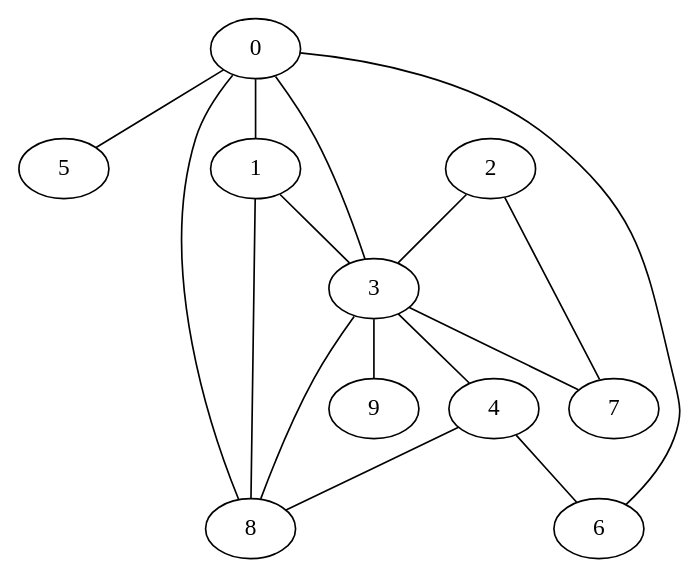
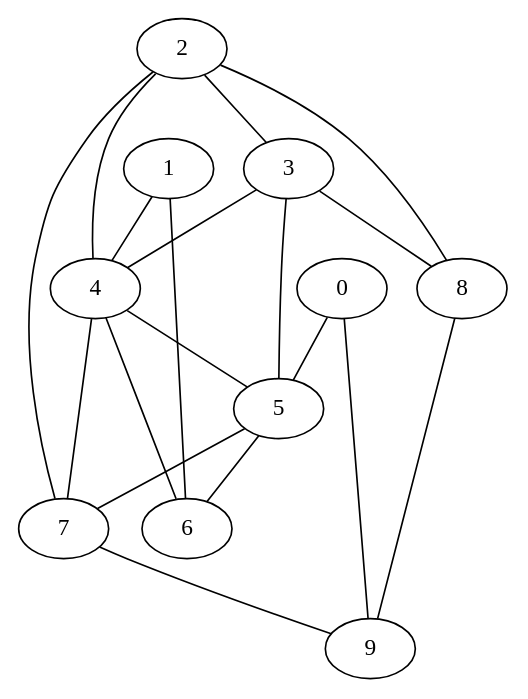
The diagram in scripts/dot.dot (apanda/crypto-bgp), drawn with Graphviz before and after one commit. The commit also changed 7 other files, not shown here.

```diff
--- a/scripts/dot.dot
+++ b/scripts/dot.dot
@@ -1,37 +1,30 @@
-strict graph "configuration_model 10 nodes 31 edges" {
-	0	 [node_id=0,
-		type=99];
-	6	 [node_id=6,
-		type=99];
-	0 -- 6;
-	5	 [node_id=5,
-		type=99];
+strict graph "configuration_model 10 nodes 28 edges" {
+	0	 [node_id=0];
+	9	 [node_id=9];
+	0 -- 9;
+	5	 [node_id=5];
 	0 -- 5;
-	1	 [node_id=1,
-		type=99];
-	0 -- 1;
-	3	 [node_id=3,
-		type=99];
-	0 -- 3;
-	8	 [node_id=8,
-		type=99];
-	0 -- 8;
-	1 -- 3;
-	1 -- 8;
-	2	 [node_id=2,
-		type=99];
-	7	 [node_id=7,
-		type=99];
+	1	 [node_id=1];
+	6	 [node_id=6];
+	1 -- 6;
+	4	 [node_id=4];
+	1 -- 4;
+	2	 [node_id=2];
+	7	 [node_id=7];
 	2 -- 7;
+	8	 [node_id=8];
+	2 -- 8;
+	3	 [node_id=3];
 	2 -- 3;
-	4	 [node_id=4,
-		type=99];
+	2 -- 4;
+	3 -- 8;
 	3 -- 4;
-	3 -- 7;
-	3 -- 8;
-	9	 [node_id=9,
-		type=99];
-	3 -- 9;
+	3 -- 5;
+	4 -- 7;
 	4 -- 6;
-	4 -- 8;
+	4 -- 5;
+	5 -- 7;
+	5 -- 6;
+	7 -- 9;
+	8 -- 9;
 }
```
